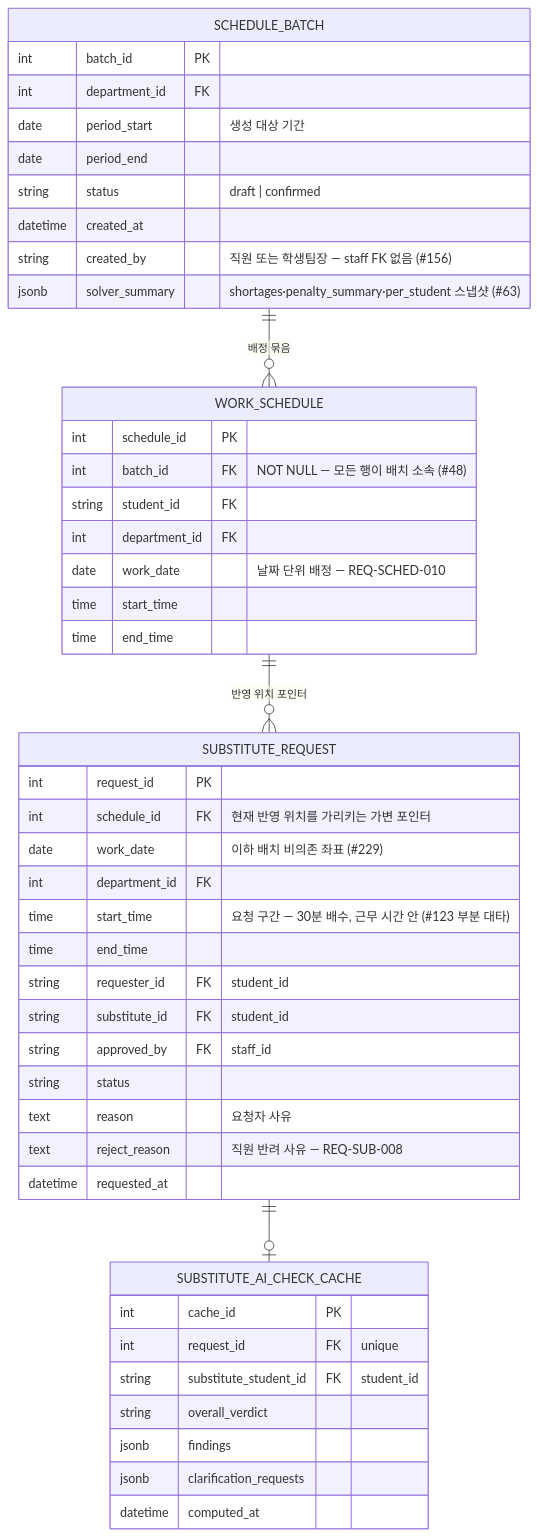
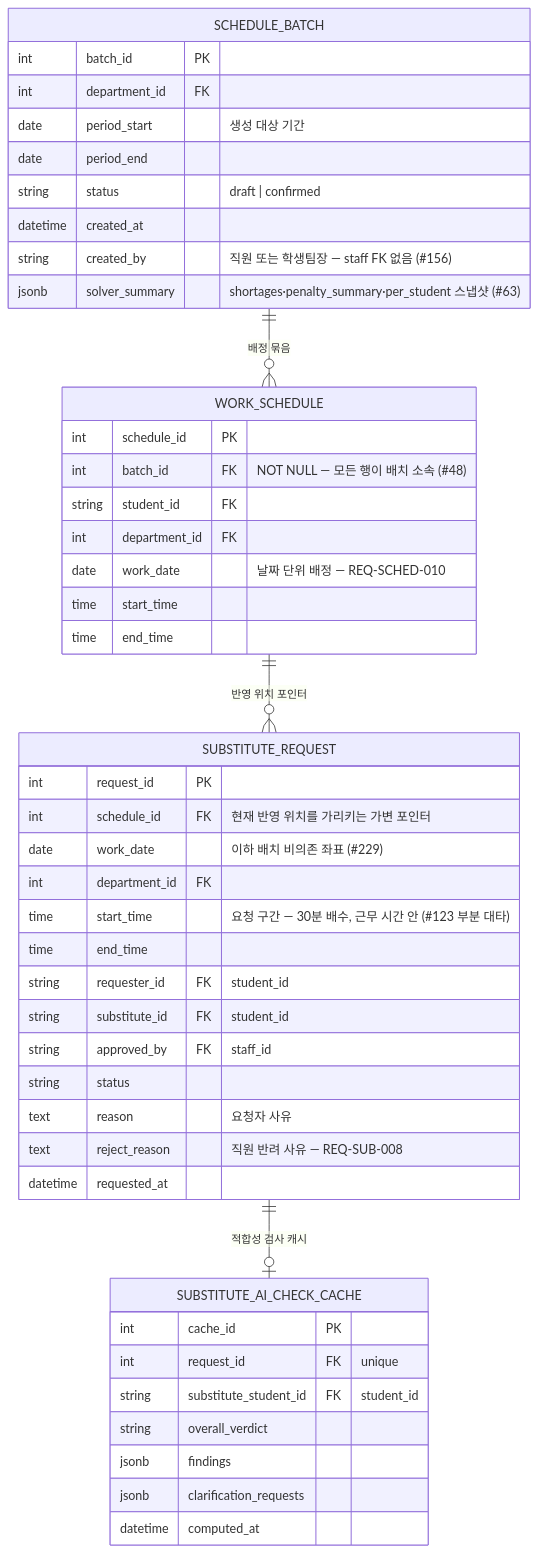
The fifth of 7 diagrams in docs/ERD.md (sg-beaver/stream), drawn with Mermaid before and after one commit. The commit also changed other lines of this file, not shown here.

Commit message:
docs(docs): ERD 도메인 다이어그램의 빈 관계 레이블 정리

````diff
--- a/docs/ERD.md
+++ b/docs/ERD.md
@@ -252,50 +252,50 @@
 ```mermaid
 erDiagram
     SCHEDULE_BATCH ||--o{ WORK_SCHEDULE : "배정 묶음"
     WORK_SCHEDULE ||--o{ SUBSTITUTE_REQUEST : "반영 위치 포인터"
-    SUBSTITUTE_REQUEST ||--o| SUBSTITUTE_AI_CHECK_CACHE : ""
+    SUBSTITUTE_REQUEST ||--o| SUBSTITUTE_AI_CHECK_CACHE : "적합성 검사 캐시"
 
     SCHEDULE_BATCH {
         int batch_id PK
         int department_id FK
         date period_start "생성 대상 기간"
         date period_end
         string status "draft | confirmed"
         datetime created_at
         string created_by "직원 또는 학생팀장 — staff FK 없음 (#156)"
         jsonb solver_summary "shortages·penalty_summary·per_student 스냅샷 (#63)"
     }
     WORK_SCHEDULE {
         int schedule_id PK
         int batch_id FK "NOT NULL — 모든 행이 배치 소속 (#48)"
         string student_id FK
         int department_id FK
         date work_date "날짜 단위 배정 — REQ-SCHED-010"
         time start_time
         time end_time
     }
     SUBSTITUTE_REQUEST {
         int request_id PK
         int schedule_id FK "현재 반영 위치를 가리키는 가변 포인터"
         date work_date "이하 배치 비의존 좌표 (#229)"
         int department_id FK
         time start_time "요청 구간 — 30분 배수, 근무 시간 안 (#123 부분 대타)"
         time end_time
         string requester_id FK "student_id"
         string substitute_id FK "student_id"
         string approved_by FK "staff_id"
         string status
         text reason "요청자 사유"
         text reject_reason "직원 반려 사유 — REQ-SUB-008"
         datetime requested_at
     }
     SUBSTITUTE_AI_CHECK_CACHE {
         int cache_id PK
         int request_id FK "unique"
         string substitute_student_id FK "student_id"
         string overall_verdict
         jsonb findings
         jsonb clarification_requests
         datetime computed_at
     }
 ```
````
